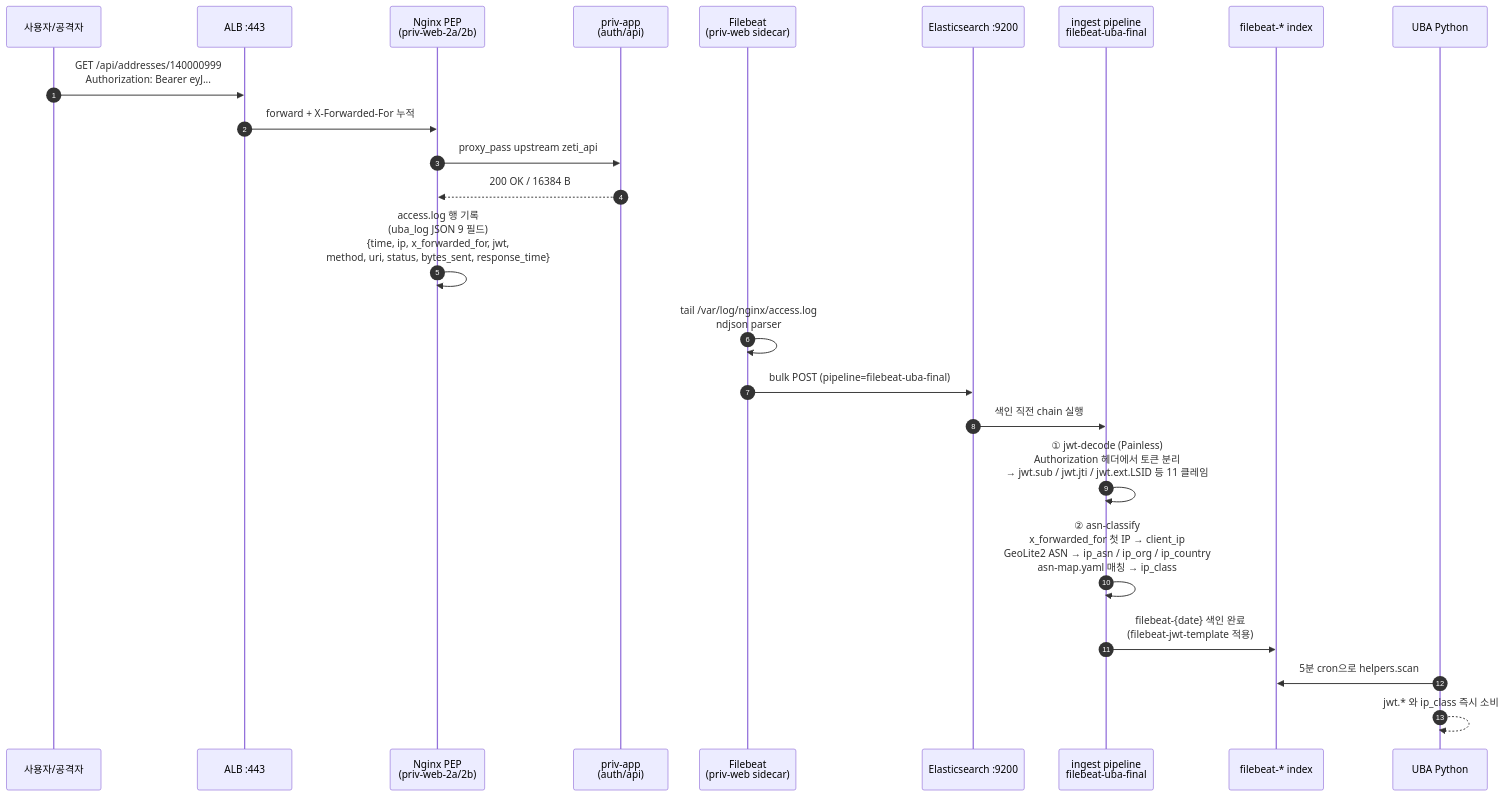
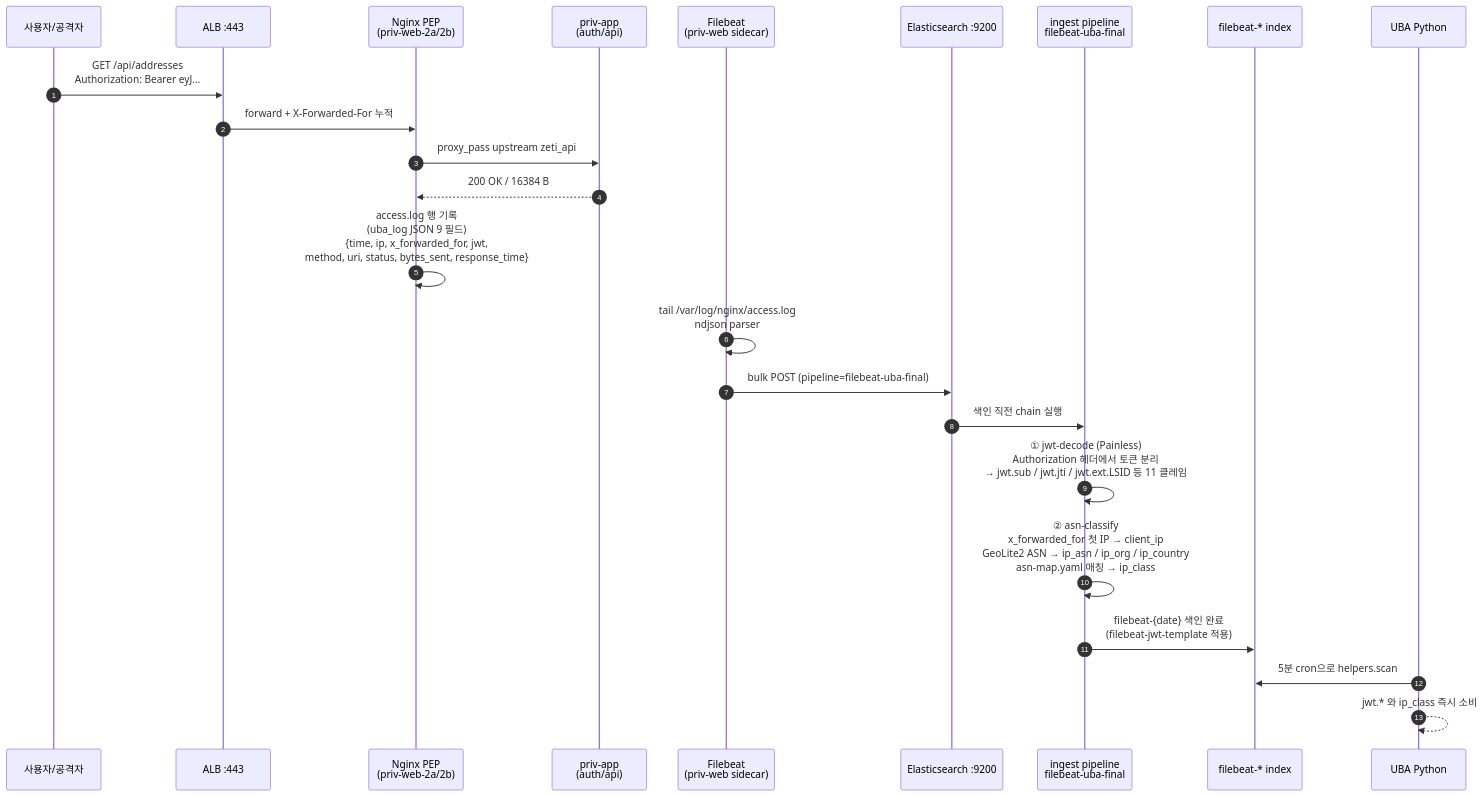
One commit to ZETTY-ZEROTRUST/log-pipeline changed the first of 3 diagrams in README.md. Above: the diagram before and after it, drawn with Mermaid. The commit also changed 4 other files, not shown here.

````diff
--- a/README.md
+++ b/README.md
@@ -29,28 +29,28 @@
 ```mermaid
 sequenceDiagram
     autonumber
     participant U as 사용자/공격자
     participant ALB as ALB :443
     participant NGX as Nginx PEP<br/>(priv-web-2a/2b)
     participant APP as priv-app<br/>(auth/api)
     participant FB as Filebeat<br/>(priv-web sidecar)
     participant ES as Elasticsearch :9200
     participant IP as ingest pipeline<br/>filebeat-uba-final
     participant IDX as filebeat-* index
     participant UBA as UBA Python
 
-    U->>ALB: GET /api/addresses/140000999<br/>Authorization: Bearer eyJ...
+    U->>ALB: GET /api/addresses<br/>Authorization: Bearer eyJ...
     ALB->>NGX: forward + X-Forwarded-For 누적
     NGX->>APP: proxy_pass upstream zeti_api
     APP-->>NGX: 200 OK / 16384 B
     NGX->>NGX: access.log 행 기록<br/>(uba_log JSON 9 필드)<br/>{time, ip, x_forwarded_for, jwt,<br/> method, uri, status, bytes_sent, response_time}
 
     FB->>FB: tail /var/log/nginx/access.log<br/>ndjson parser
     FB->>ES: bulk POST (pipeline=filebeat-uba-final)
     ES->>IP: 색인 직전 chain 실행
     IP->>IP: ① jwt-decode (Painless)<br/>Authorization 헤더에서 토큰 분리<br/>→ jwt.sub / jwt.jti / jwt.ext.LSID 등 11 클레임
     IP->>IP: ② asn-classify<br/>x_forwarded_for 첫 IP → client_ip<br/>GeoLite2 ASN → ip_asn / ip_org / ip_country<br/>asn-map.yaml 매칭 → ip_class
     IP->>IDX: filebeat-{date} 색인 완료<br/>(filebeat-jwt-template 적용)
     UBA->>IDX: 5분 cron으로 helpers.scan
     UBA-->>UBA: jwt.* 와 ip_class 즉시 소비
 ```
````
